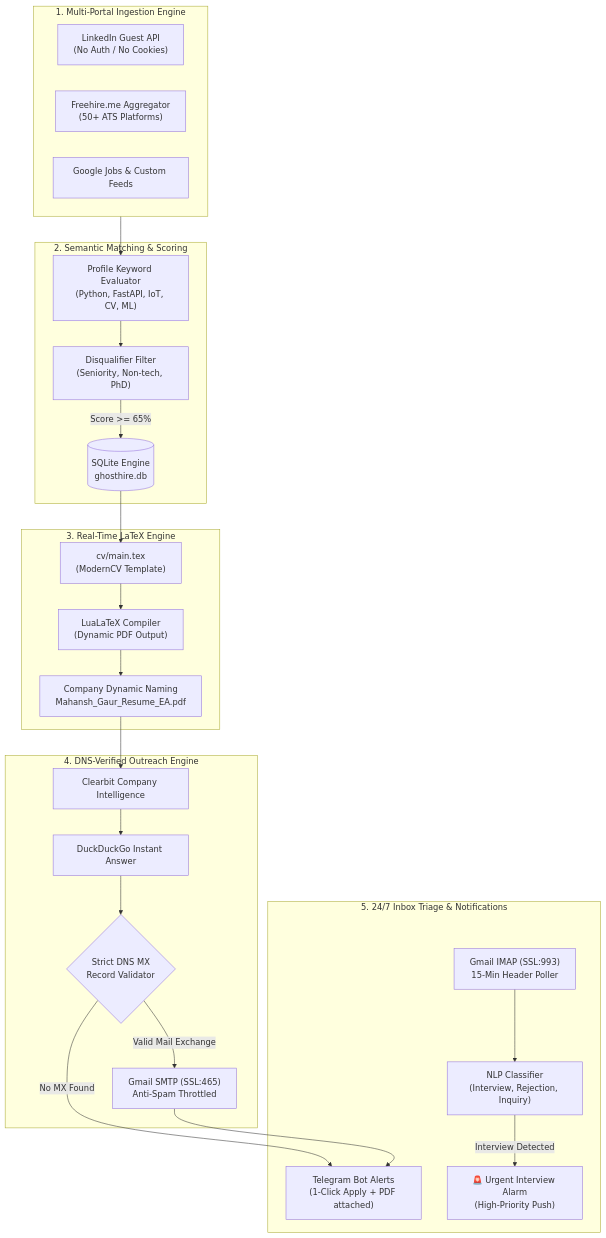
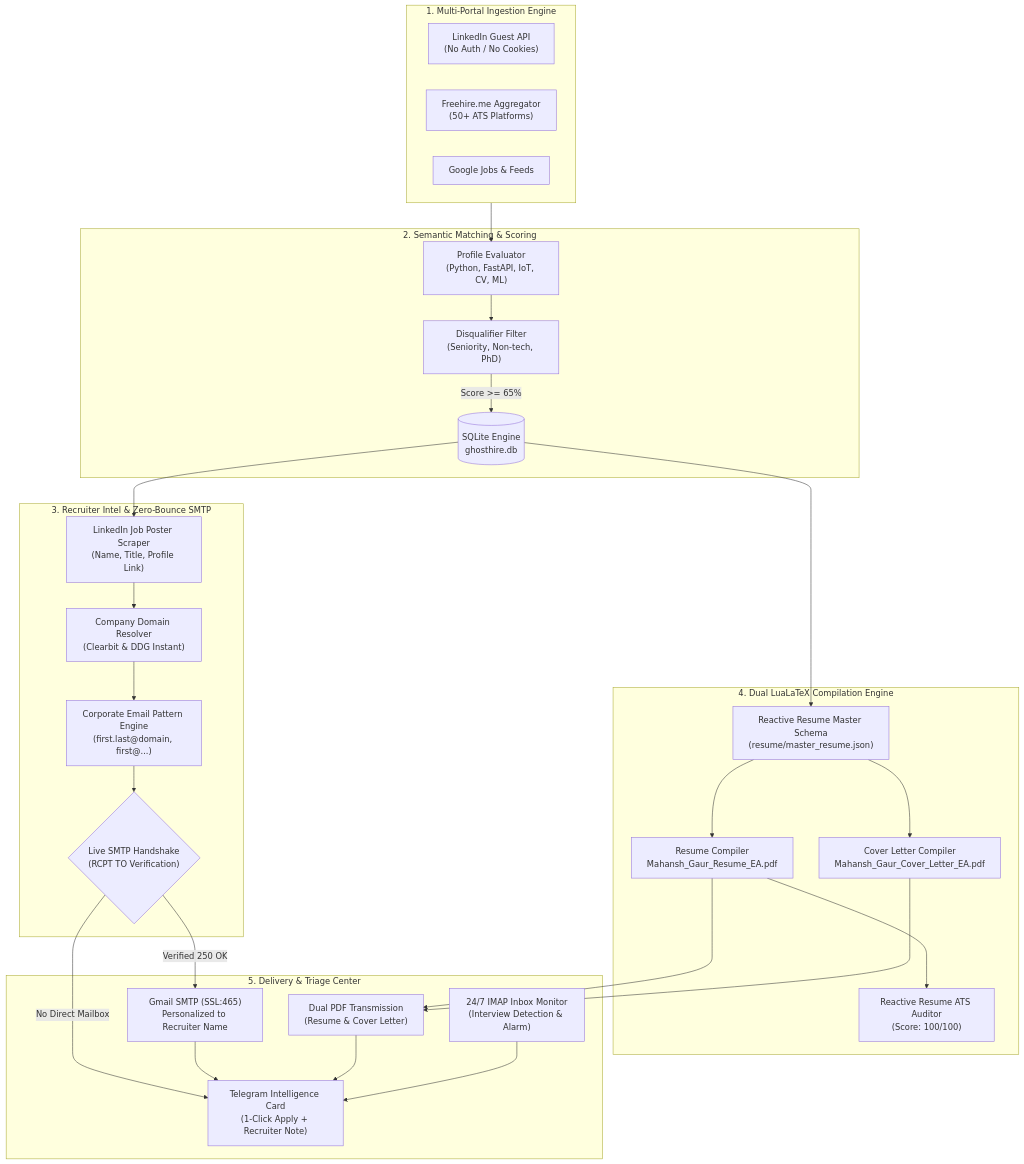
One commit to mahanshstarktech/GhostHire changed the first of 2 diagrams in README.md. Above: the diagram before and after it, drawn with Mermaid. The commit also changed other lines of this file and 9 other files, not shown here.

Commit message:
feat: Reactive Resume schema integration, paired Cover Letter PDF generator, and 100/100 ATS validator

````diff
--- a/README.md
+++ b/README.md
@@ -40,49 +44,56 @@
 ```mermaid
 flowchart TB
     subgraph INGESTION["1. Multi-Portal Ingestion Engine"]
         L["LinkedIn Guest API\n(No Auth / No Cookies)"]
         F["Freehire.me Aggregator\n(50+ ATS Platforms)"]
-        G["Google Jobs & Custom Feeds"]
+        G["Google Jobs & Feeds"]
     end
 
     subgraph MATCHER["2. Semantic Matching & Scoring"]
-        M["Profile Keyword Evaluator\n(Python, FastAPI, IoT, CV, ML)"]
+        M["Profile Evaluator\n(Python, FastAPI, IoT, CV, ML)"]
         D["Disqualifier Filter\n(Seniority, Non-tech, PhD)"]
         DB[(SQLite Engine\nghosthire.db)]
     end
 
-    subgraph TAILOR["3. Real-Time LaTeX Engine"]
-        TEX["cv/main.tex\n(ModernCV Template)"]
-        LUA["LuaLaTeX Compiler\n(Dynamic PDF Output)"]
-        NAMER["Company Dynamic Naming\nMahansh_Gaur_Resume_EA.pdf"]
+    subgraph INTEL["3. Recruiter Intel & Zero-Bounce SMTP"]
+        LP["LinkedIn Job Poster Scraper\n(Name, Title, Profile Link)"]
+        DOM["Company Domain Resolver\n(Clearbit & DDG Instant)"]
+        PAT["Corporate Email Pattern Engine\n(first.last@domain, first@...)"]
+        SMTP_VRFY{"Live SMTP Handshake\n(RCPT TO Verification)"}
     end
 
-    subgraph OUTREACH["4. DNS-Verified Outreach Engine"]
-        CB["Clearbit Company Intelligence"]
-        DDG["DuckDuckGo Instant Answer"]
-        MX{"Strict DNS MX\nRecord Validator"}
-        SMTP["Gmail SMTP (SSL:465)\nAnti-Spam Throttled"]
+    subgraph TAILOR["4. Dual LuaLaTeX Compilation Engine"]
+        RR_SCHEMA["Reactive Resume Master Schema\n(resume/master_resume.json)"]
+        LUA_RESUME["Resume Compiler\nMahansh_Gaur_Resume_EA.pdf"]
+        LUA_COVER["Cover Letter Compiler\nMahansh_Gaur_Cover_Letter_EA.pdf"]
+        ATS_AUDIT["Reactive Resume ATS Auditor\n(Score: 100/100)"]
     end
 
-    subgraph TRIAGE["5. 24/7 Inbox Triage & Notifications"]
-        IMAP["Gmail IMAP (SSL:993)\n15-Min Header Poller"]
-        CLASS["NLP Classifier\n(Interview, Rejection, Inquiry)"]
-        TG["Telegram Bot Alerts\n(1-Click Apply + PDF attached)"]
-        URGENT["🚨 Urgent Interview Alarm\n(High-Priority Push)"]
+    subgraph OUTREACH["5. Delivery & Triage Center"]
+        GMAIL["Gmail SMTP (SSL:465)\nPersonalized to Recruiter Name"]
+        TG["Telegram Intelligence Card\n(1-Click Apply + Recruiter Note)"]
+        DUAL_PDF["Dual PDF Transmission\n(Resume & Cover Letter)"]
+        IMAP["24/7 IMAP Inbox Monitor\n(Interview Detection & Alarm)"]
     end
 
     INGESTION --> M
     M --> D
     D -->|Score >= 65%| DB
-    DB --> TEX
-    TEX --> LUA
-    LUA --> NAMER
-    NAMER --> CB
-    CB --> DDG
-    DDG --> MX
-    MX -->|Valid Mail Exchange| SMTP
-    MX -->|No MX Found| TG
-    SMTP --> TG
-    IMAP --> CLASS
-    CLASS -->|Interview Detected| URGENT
+    DB --> LP
+    LP --> DOM
+    DOM --> PAT
+    PAT --> SMTP_VRFY
+    
+    DB --> RR_SCHEMA
+    RR_SCHEMA --> LUA_RESUME
+    RR_SCHEMA --> LUA_COVER
+    LUA_RESUME --> ATS_AUDIT
+    
+    SMTP_VRFY -->|Verified 250 OK| GMAIL
+    SMTP_VRFY -->|No Direct Mailbox| TG
+    GMAIL --> TG
+    LUA_RESUME --> DUAL_PDF
+    LUA_COVER --> DUAL_PDF
+    DUAL_PDF --> TG
+    IMAP --> TG
 ```
````
